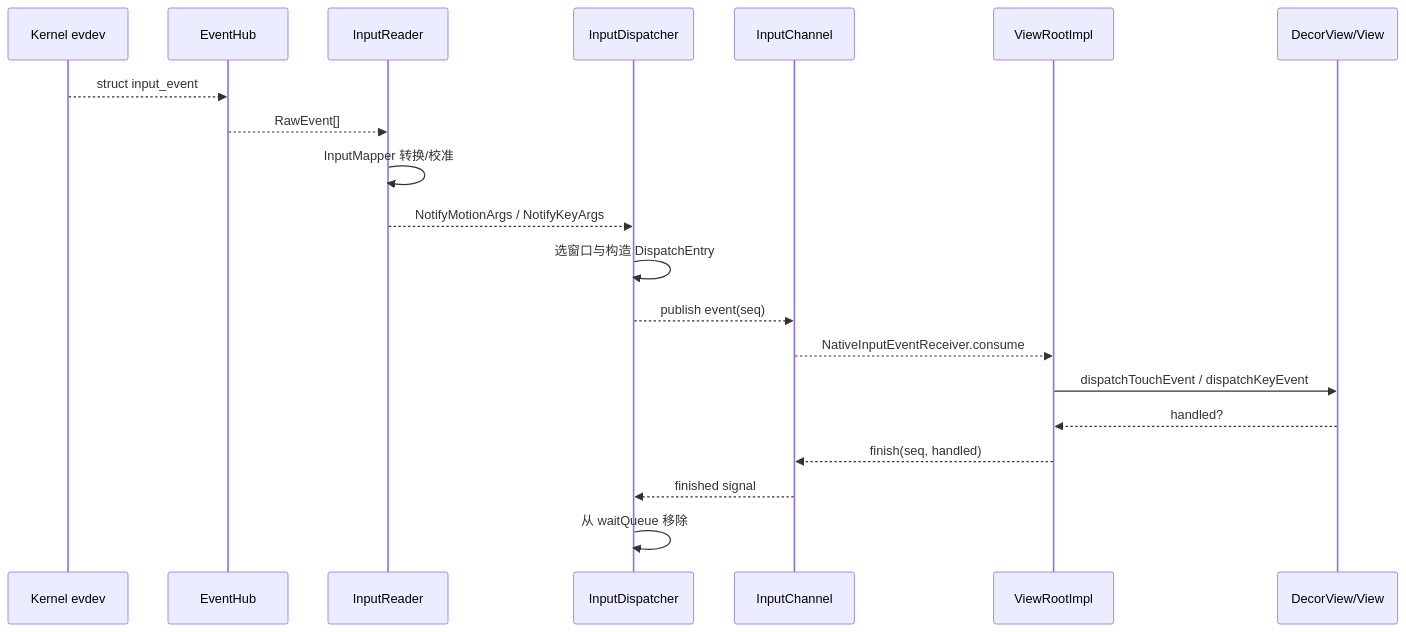
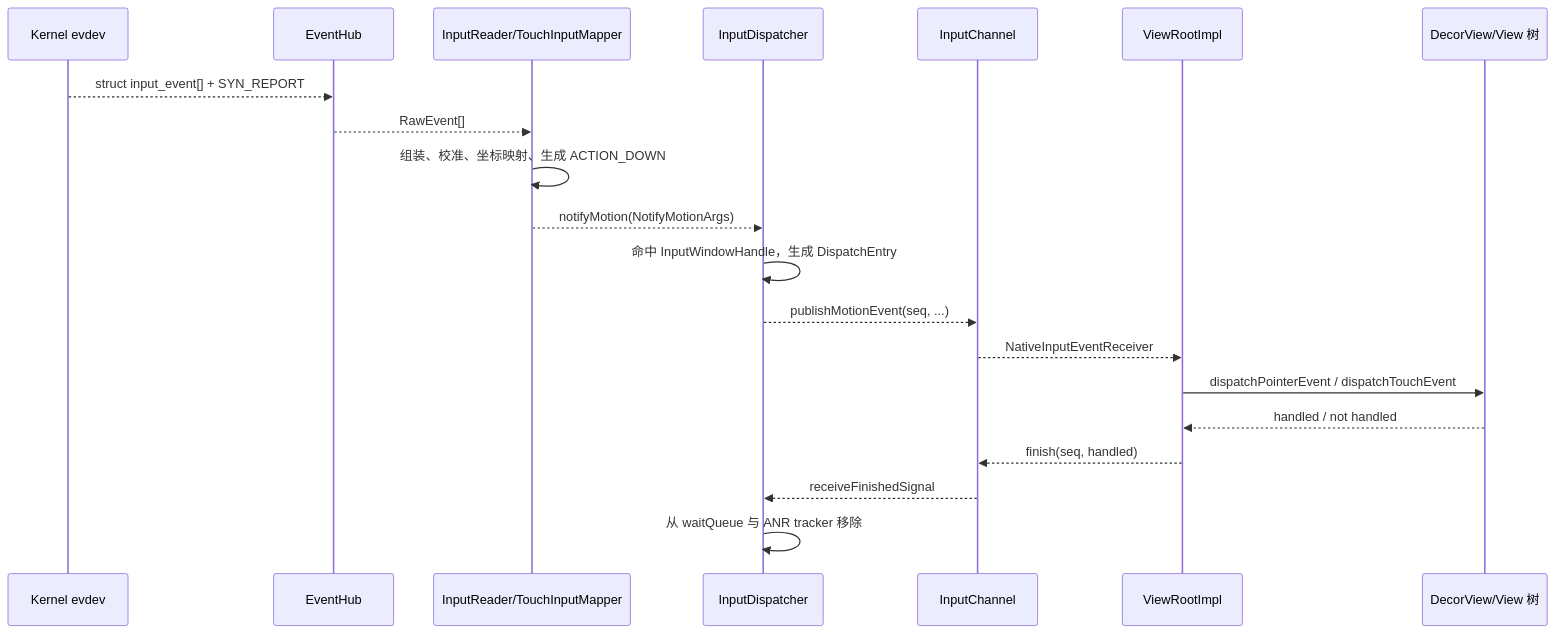
One commit to junyingzhao001/StudyNotes changed the first of 2 diagrams in Android源码学习/20-InputReader与InputDispatcher输入系统.md. Above: the diagram before and after it, drawn with Mermaid. The commit also changed other lines of this file and 93 other files, not shown here.

````diff
--- a/Android源码学习/20-InputReader与InputDispatcher输入系统.md
+++ b/Android源码学习/20-InputReader与InputDispatcher输入系统.md
@@ -89,22 +58,23 @@
 ```mermaid
 sequenceDiagram
     participant K as Kernel evdev
     participant EH as EventHub
-    participant IR as InputReader
+    participant IR as InputReader/TouchInputMapper
     participant ID as InputDispatcher
     participant CH as InputChannel
     participant VRI as ViewRootImpl
-    participant VIEW as DecorView/View
-    K-->>EH: struct input_event
+    participant View as DecorView/View 树
+
+    K-->>EH: struct input_event[] + SYN_REPORT
     EH-->>IR: RawEvent[]
-    IR->>IR: InputMapper 转换/校准
-    IR-->>ID: NotifyMotionArgs / NotifyKeyArgs
-    ID->>ID: 选窗口与构造 DispatchEntry
-    ID-->>CH: publish event(seq)
-    CH-->>VRI: NativeInputEventReceiver.consume
-    VRI->>VIEW: dispatchTouchEvent / dispatchKeyEvent
-    VIEW-->>VRI: handled?
+    IR->>IR: 组装、校准、坐标映射、生成 ACTION_DOWN
+    IR-->>ID: notifyMotion(NotifyMotionArgs)
+    ID->>ID: 命中 InputWindowHandle，生成 DispatchEntry
+    ID-->>CH: publishMotionEvent(seq, ...)
+    CH-->>VRI: NativeInputEventReceiver
+    VRI->>View: dispatchPointerEvent / dispatchTouchEvent
+    View-->>VRI: handled / not handled
     VRI-->>CH: finish(seq, handled)
-    CH-->>ID: finished signal
-    ID->>ID: 从 waitQueue 移除
+    CH-->>ID: receiveFinishedSignal
+    ID->>ID: 从 waitQueue 与 ANR tracker 移除
 ```
````
